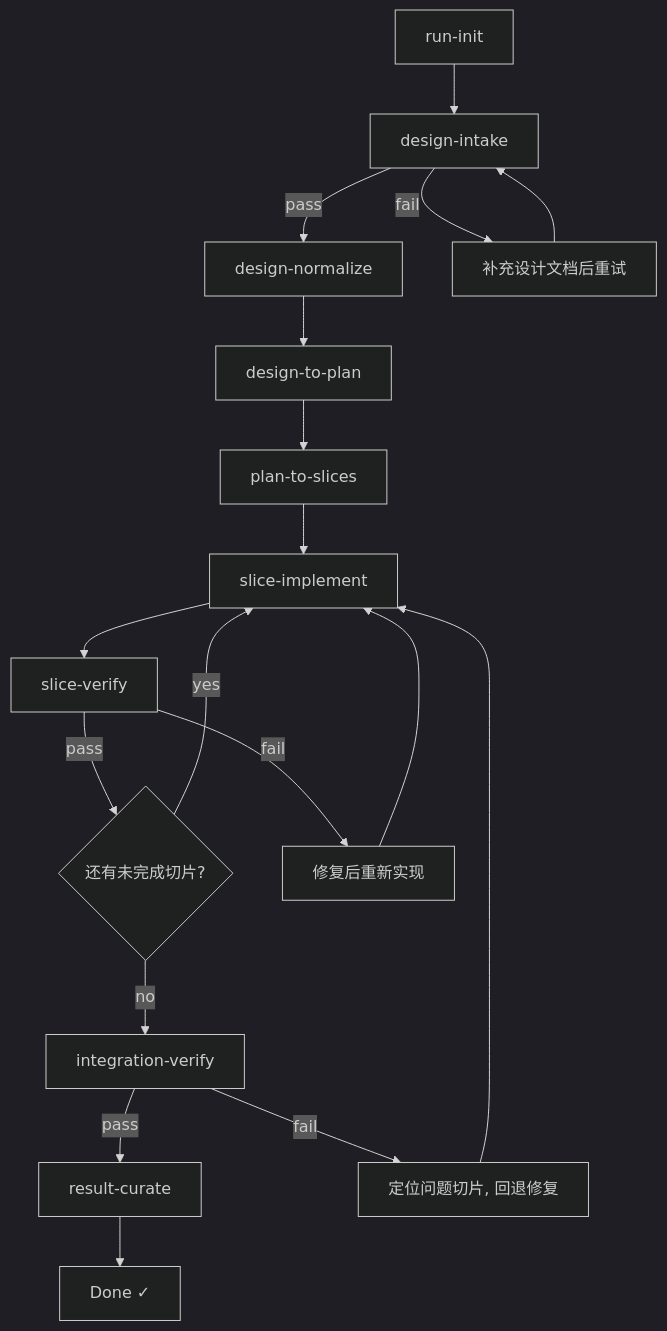
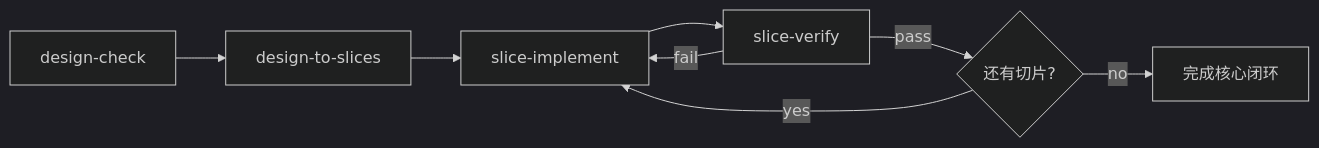
The diagram in skill/SKILL.md (LeeLiangmin/ai_codegen), drawn with Mermaid (dark theme) before and after one commit. The commit also changed other lines of this file and 99 other files, not shown here.

````diff
--- a/skill/SKILL.md
+++ b/skill/SKILL.md
@@ -38,20 +20,10 @@
 ```mermaid
-flowchart TD
-    A[run-init] --> B[design-intake]
-    B -->|pass| C[design-normalize]
-    B -->|fail| B1[补充设计文档后重试]
-    B1 --> B
-    C --> D[design-to-plan]
-    D --> E[plan-to-slices]
-    E --> F[slice-implement]
-    F --> G[slice-verify]
-    G -->|pass| H{还有未完成切片?}
-    G -->|fail| F1[修复后重新实现]
-    F1 --> F
-    H -->|yes| F
-    H -->|no| I[integration-verify]
-    I -->|pass| J[result-curate]
-    I -->|fail| I1[定位问题切片, 回退修复]
-    I1 --> F
-    J --> K[Done ✓]
+flowchart LR
+    A[design-check] --> B[design-to-slices]
+    B --> C[slice-implement]
+    C --> D[slice-verify]
+    D -->|pass| E{还有切片?}
+    E -->|yes| C
+    E -->|no| F[完成核心闭环]
+    D -->|fail| C
 ```
````
